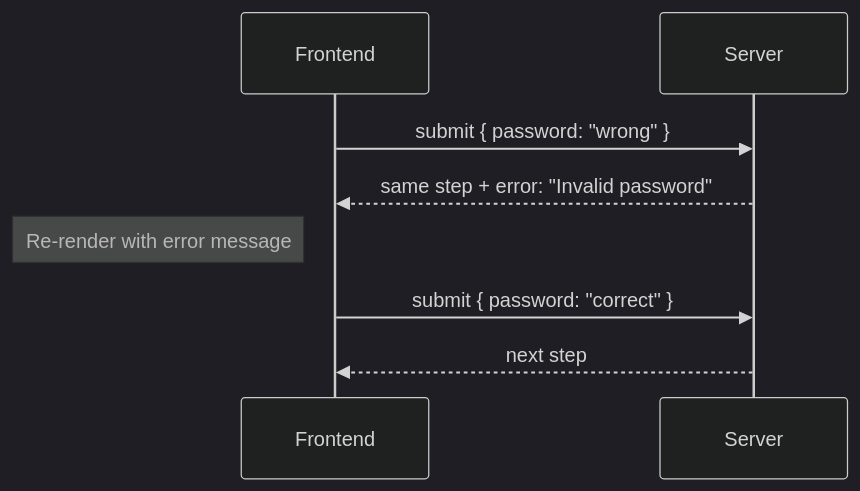
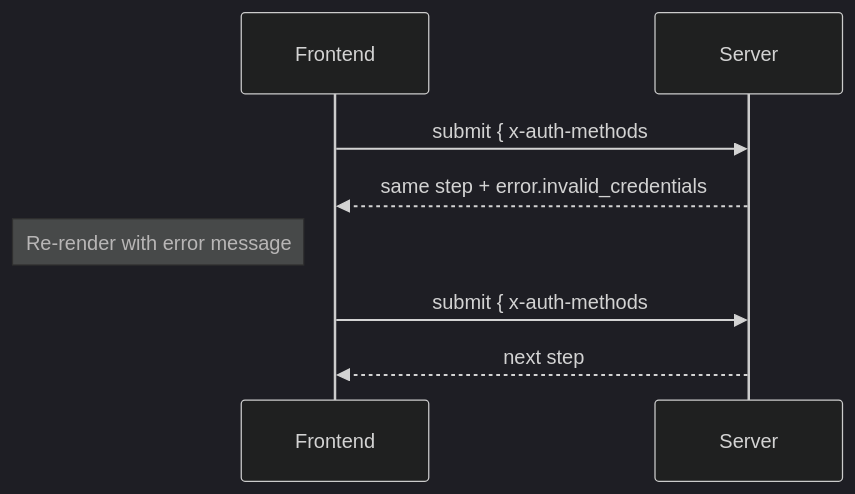
The seventh of 8 diagrams in docs/design/flowengine/flow-engine-guide.md (zitadel/nextgen), drawn with Mermaid (dark theme) before and after one commit. The commit also changed other lines of this file and 6 other files, not shown here.

Commit message:
docs: align flow examples with runtime validation

````diff
--- a/docs/design/flowengine/flow-engine-guide.md
+++ b/docs/design/flowengine/flow-engine-guide.md
@@ -580,11 +578,11 @@
 ```mermaid
 sequenceDiagram
     participant Frontend
     participant Server
 
-    Frontend->>Server: submit { password: "wrong" }
-    Server-->>Frontend: same step + error: "Invalid password"
+    Frontend->>Server: submit { x-auth-methods#password: "wrong" }
+    Server-->>Frontend: same step + error.invalid_credentials
     Note left of Frontend: Re-render with error message
-    Frontend->>Server: submit { password: "correct" }
+    Frontend->>Server: submit { x-auth-methods#password: "correct" }
     Server-->>Frontend: next step
 ```
````
